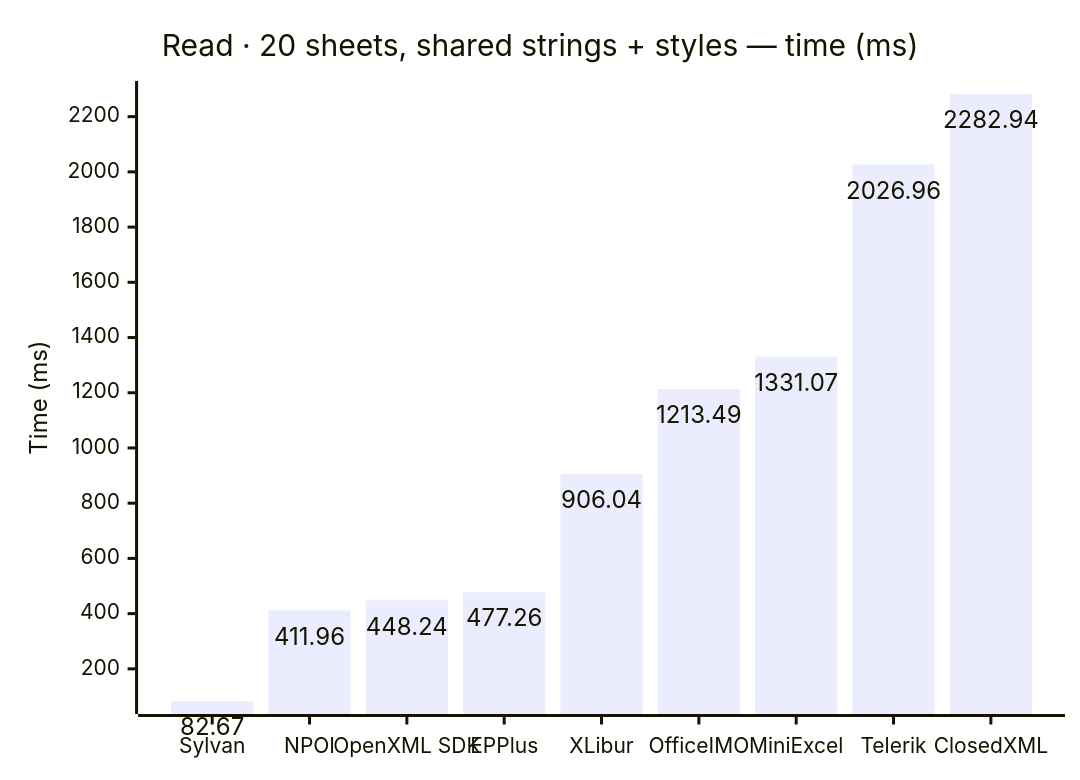
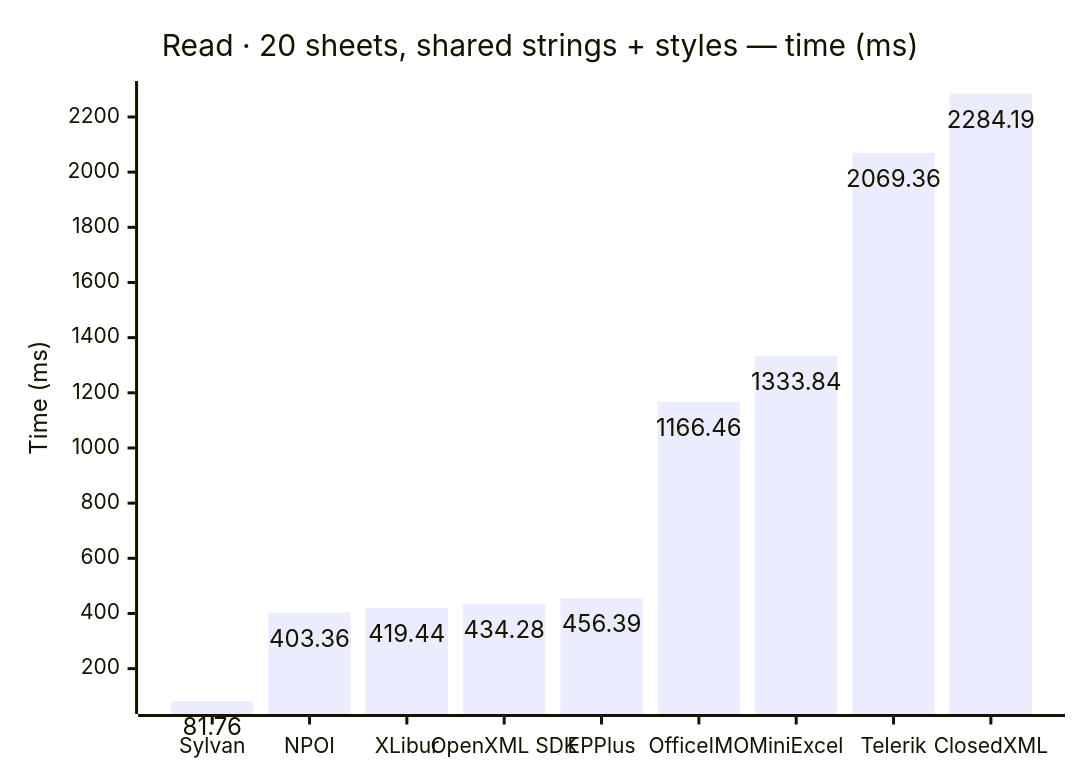
The fifth of 18 diagrams in docs/results.md (jafin/XLBench), drawn with Mermaid before and after one commit. The commit also changed other lines of this file and 5 other files, not shown here.

````diff
--- a/docs/results.md
+++ b/docs/results.md
@@ -94,12 +94,12 @@
 ```mermaid
 ---
 config:
   xyChart:
     showDataLabel: true
 ---
 xychart-beta
     title "Read · 20 sheets, shared strings + styles — time (ms)"
-    x-axis ["Sylvan", "NPOI", "OpenXML SDK", "EPPlus", "XLibur", "OfficeIMO", "MiniExcel", "Telerik", "ClosedXML"]
+    x-axis ["Sylvan", "NPOI", "XLibur", "OpenXML SDK", "EPPlus", "OfficeIMO", "MiniExcel", "Telerik", "ClosedXML"]
     y-axis "Time (ms)"
-    bar [82.67, 411.96, 448.24, 477.26, 906.04, 1213.49, 1331.07, 2026.96, 2282.94]
+    bar [81.76, 403.36, 419.44, 434.28, 456.39, 1166.46, 1333.84, 2069.36, 2284.19]
 ```
````
